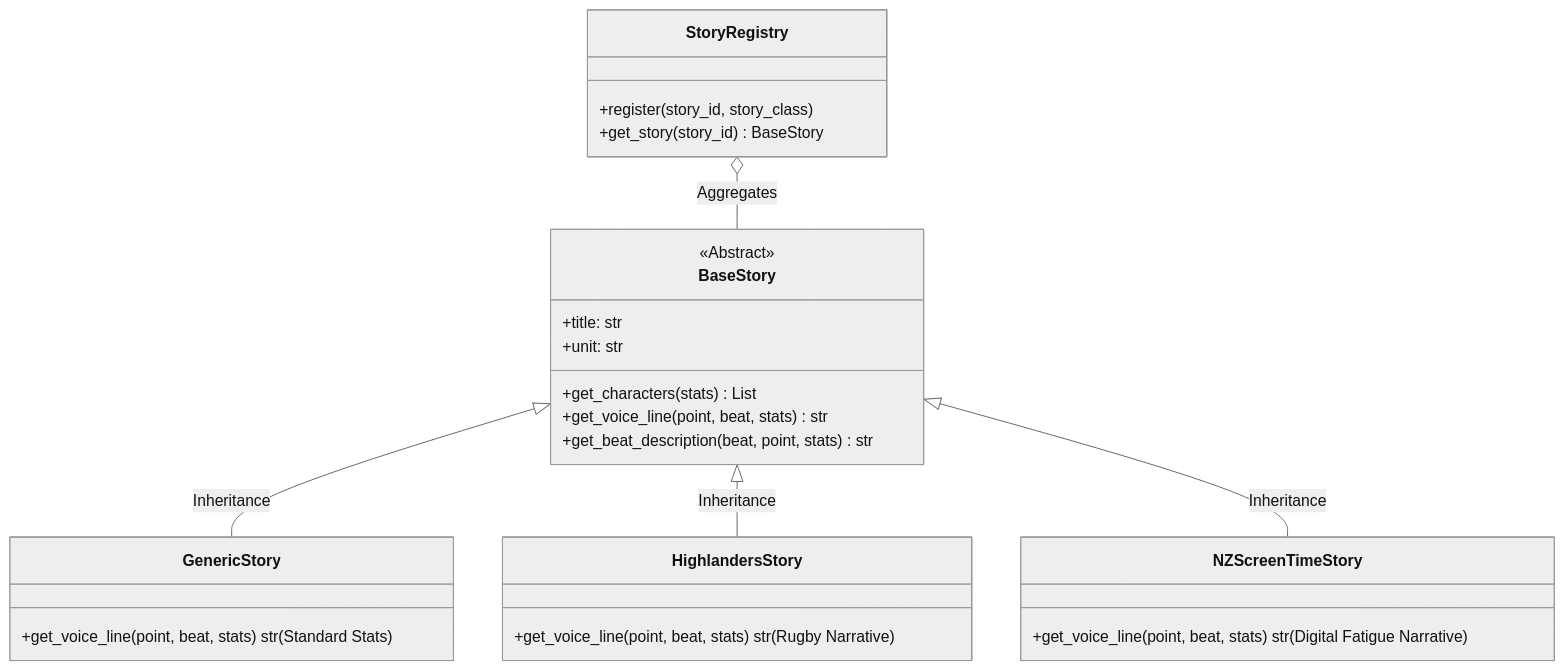
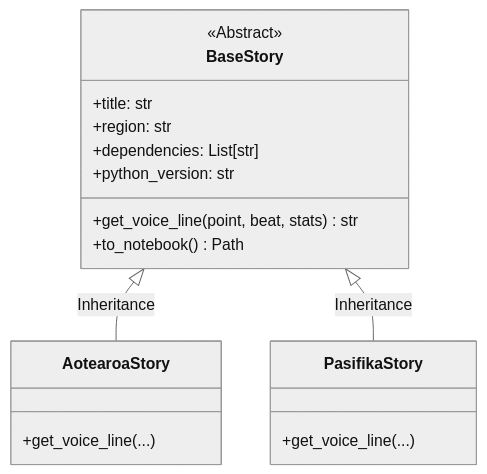
One commit to rvishravars/datum-ex-machina changed the first of 2 diagrams in docs/rendering_pipeline.md. Above: the diagram before and after it, drawn with Mermaid (neutral theme). The commit also changed other lines of this file and 1 other file, not shown here.

Commit message:
docs: finalize the Pacific Research Archive and Story-as-Code vision

````diff
--- a/docs/rendering_pipeline.md
+++ b/docs/rendering_pipeline.md
@@ -9,34 +9,23 @@
 ```mermaid
 classDiagram
     class BaseStory {
         <<Abstract>>
         +title: str
-        +unit: str
-        +get_characters(stats) List
+        +region: str
+        +dependencies: List[str]
+        +python_version: str
         +get_voice_line(point, beat, stats) str
-        +get_beat_description(beat, point, stats) str
-    }
-    
-    class GenericStory {
-        +get_voice_line(point, beat, stats) str (Standard Stats)
+        +to_notebook() Path
     }
 
-    class HighlandersStory {
-        +get_voice_line(point, beat, stats) str (Rugby Narrative)
+    class AotearoaStory {
+        +get_voice_line(...) 
     }
 
-    class NZScreenTimeStory {
-        +get_voice_line(point, beat, stats) str (Digital Fatigue Narrative)
+    class PasifikaStory {
+        +get_voice_line(...)
     }
 
-    BaseStory <|-- GenericStory : Inheritance
-    BaseStory <|-- HighlandersStory : Inheritance
-    BaseStory <|-- NZScreenTimeStory : Inheritance
-    
-    class StoryRegistry {
-        +register(story_id, story_class)
-        +get_story(story_id) BaseStory
-    }
-    
-    StoryRegistry o-- BaseStory : Aggregates
+    BaseStory <|-- AotearoaStory : Inheritance
+    BaseStory <|-- PasifikaStory : Inheritance
 ```
````
